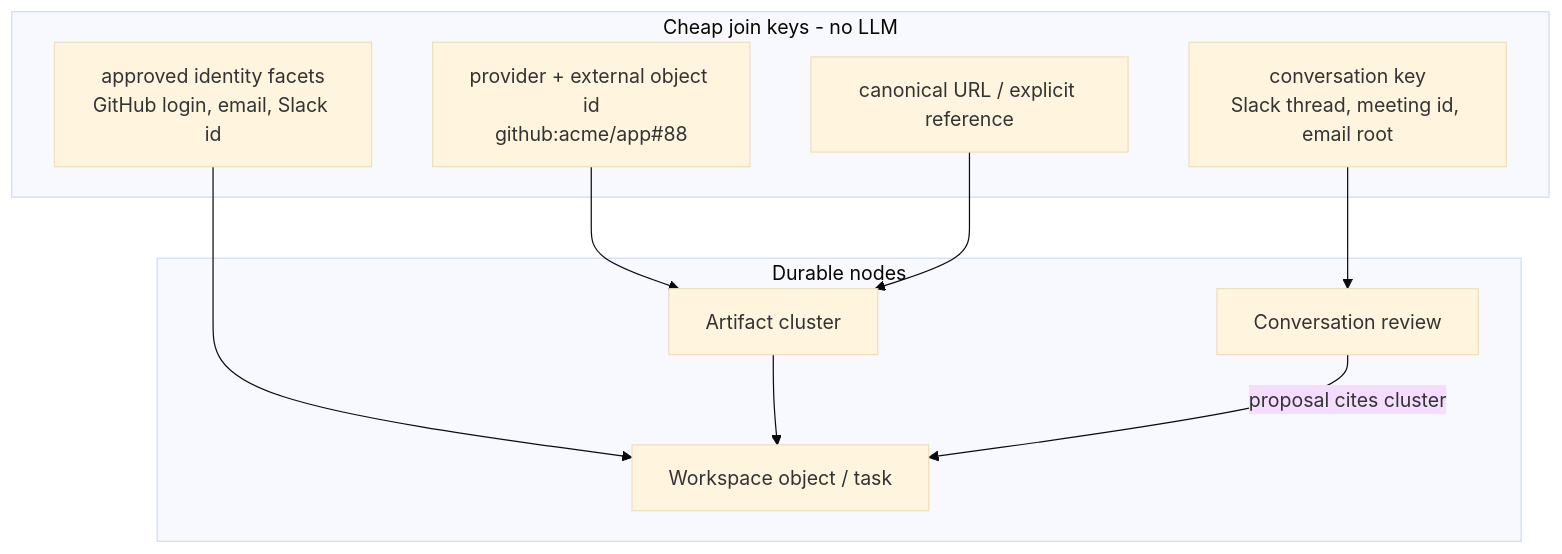
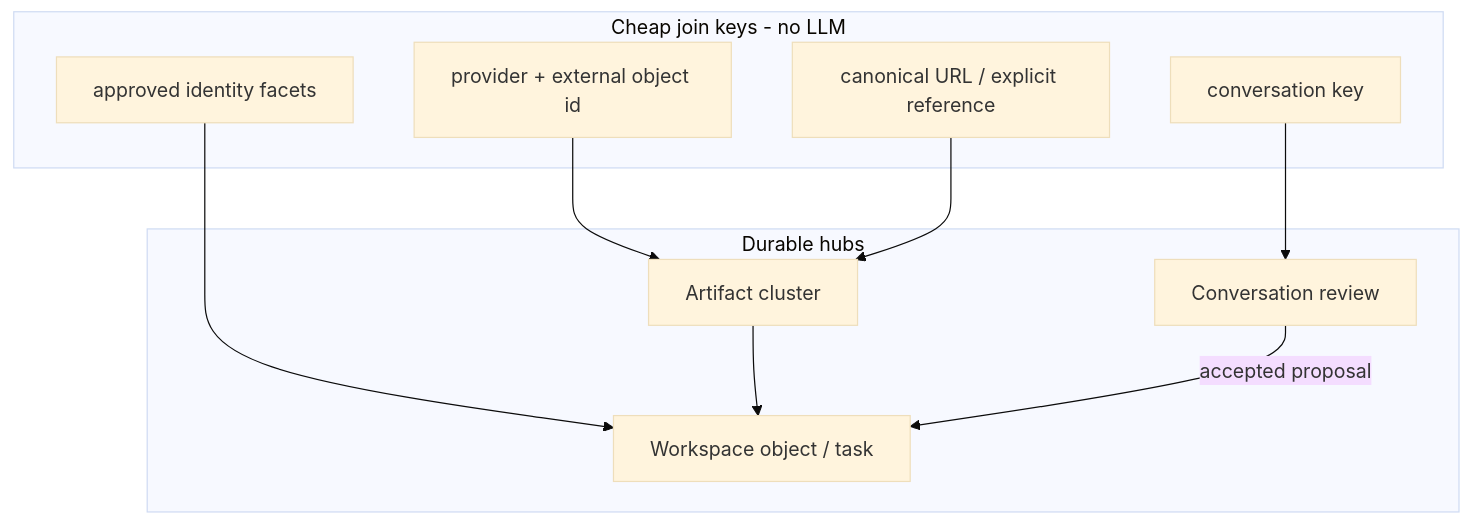
One commit to timborovkov/the-timeline-ai changed the fourth of 7 diagrams in docs/relational-memory.md. Above: the diagram before and after it, drawn with Mermaid (base theme). The commit also changed other lines of this file and 18 other files, not shown here.

````diff
--- a/docs/relational-memory.md
+++ b/docs/relational-memory.md
@@ -212,22 +268,22 @@
 ```mermaid
 flowchart TB
   subgraph hard [Cheap join keys - no LLM]
-    ProviderId["provider + external object id\ngithub:acme/app#88"]
-    Conversation["conversation key\nSlack thread, meeting id, email root"]
+    ProviderId["provider + external object id"]
+    Conversation["conversation key"]
     URL["canonical URL / explicit reference"]
-    Identity["approved identity facets\nGitHub login, email, Slack id"]
+    Identity["approved identity facets"]
   end
 
-  subgraph durable [Durable nodes]
+  subgraph durable [Durable hubs]
     Cluster[Artifact cluster]
     Object[Workspace object / task]
     ConversationReview[Conversation review]
   end
 
   ProviderId --> Cluster
   URL --> Cluster
   Conversation --> ConversationReview
   Identity --> Object
   Cluster --> Object
-  ConversationReview -->|"proposal cites cluster"| Object
+  ConversationReview -->|"accepted proposal"| Object
 ```
````
